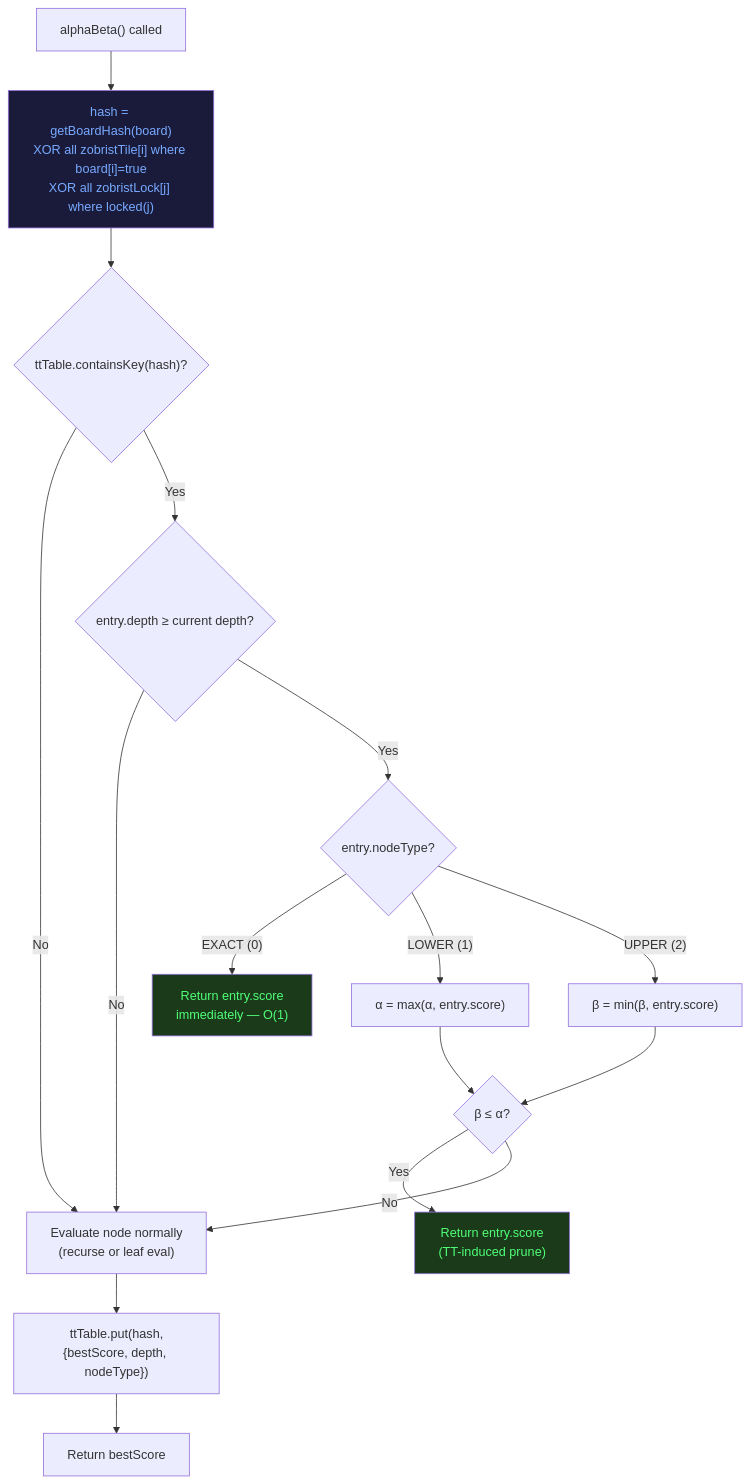
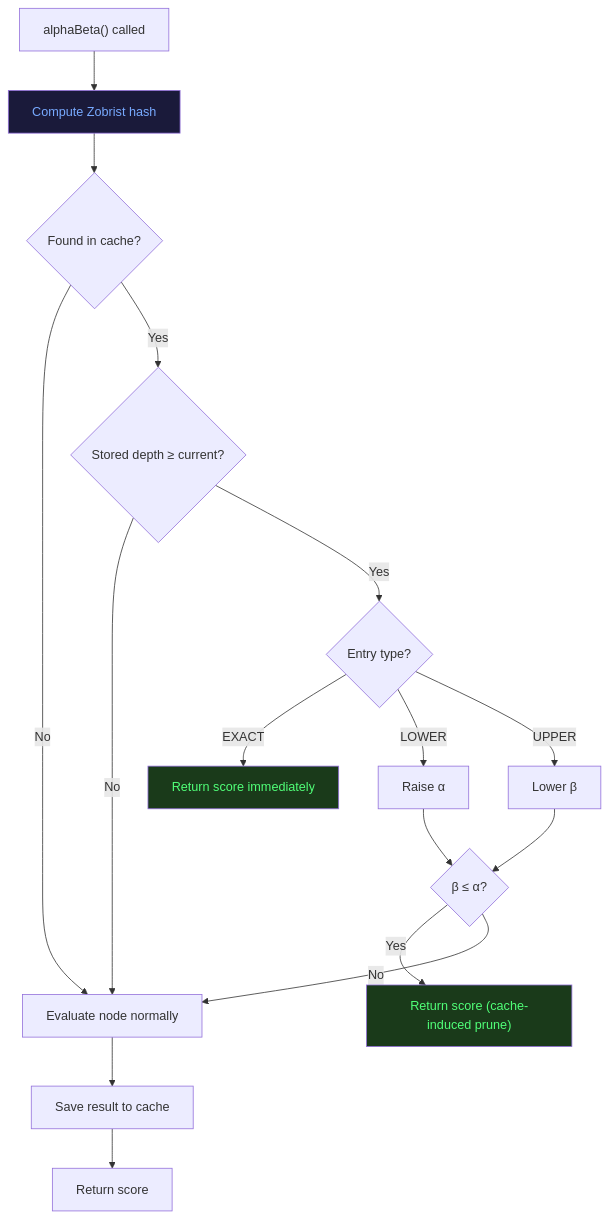
The fifth of 6 diagrams in game_analysis_r3.md (Ganesh2006646/FLIP), drawn with Mermaid before and after one commit. The commit also changed other lines of this file, not shown here.

````diff
--- a/game_analysis_r3.md
+++ b/game_analysis_r3.md
@@ -655,22 +441,22 @@
 ```mermaid
 graph TD
-    Entry["alphaBeta() called"] --> Hash["hash = getBoardHash(board)<br>XOR all zobristTile[i] where board[i]=true<br>XOR all zobristLock[j] where locked(j)"]
-    Hash --> Lookup{"ttTable.containsKey(hash)?"}
-    Lookup -->|No| Evaluate["Evaluate node normally<br>(recurse or leaf eval)"]
-    Lookup -->|Yes| CheckDepth{"entry.depth ≥ current depth?"}
+    Entry["alphaBeta() called"] --> Hash["Compute Zobrist hash"]
+    Hash --> Lookup{"Found in cache?"}
+    Lookup -->|No| Evaluate["Evaluate node normally"]
+    Lookup -->|Yes| CheckDepth{"Stored depth ≥ current?"}
     CheckDepth -->|No| Evaluate
-    CheckDepth -->|Yes| CheckType{"entry.nodeType?"}
-    CheckType -->|"EXACT (0)"| ReturnExact["Return entry.score<br>immediately — O(1)"]
-    CheckType -->|"LOWER (1)"| AdjustAlpha["α = max(α, entry.score)"]
-    CheckType -->|"UPPER (2)"| AdjustBeta["β = min(β, entry.score)"]
+    CheckDepth -->|Yes| CheckType{"Entry type?"}
+    CheckType -->|EXACT| ReturnExact["Return score immediately"]
+    CheckType -->|LOWER| AdjustAlpha["Raise α"]
+    CheckType -->|UPPER| AdjustBeta["Lower β"]
     AdjustAlpha --> TTCut{"β ≤ α?"}
     AdjustBeta --> TTCut
-    TTCut -->|Yes| ReturnTT["Return entry.score<br>(TT-induced prune)"]
+    TTCut -->|Yes| ReturnTT["Return score (cache-induced prune)"]
     TTCut -->|No| Evaluate
-    Evaluate --> Store["ttTable.put(hash,<br>{bestScore, depth, nodeType})"]
-    Store --> Return["Return bestScore"]
+    Evaluate --> Store["Save result to cache"]
+    Store --> Return["Return score"]
 
     style ReturnExact fill:#1a3a1a,color:#50FF78
     style ReturnTT fill:#1a3a1a,color:#50FF78
     style Hash fill:#1a1a3a,color:#78AAFF
 ```
````
